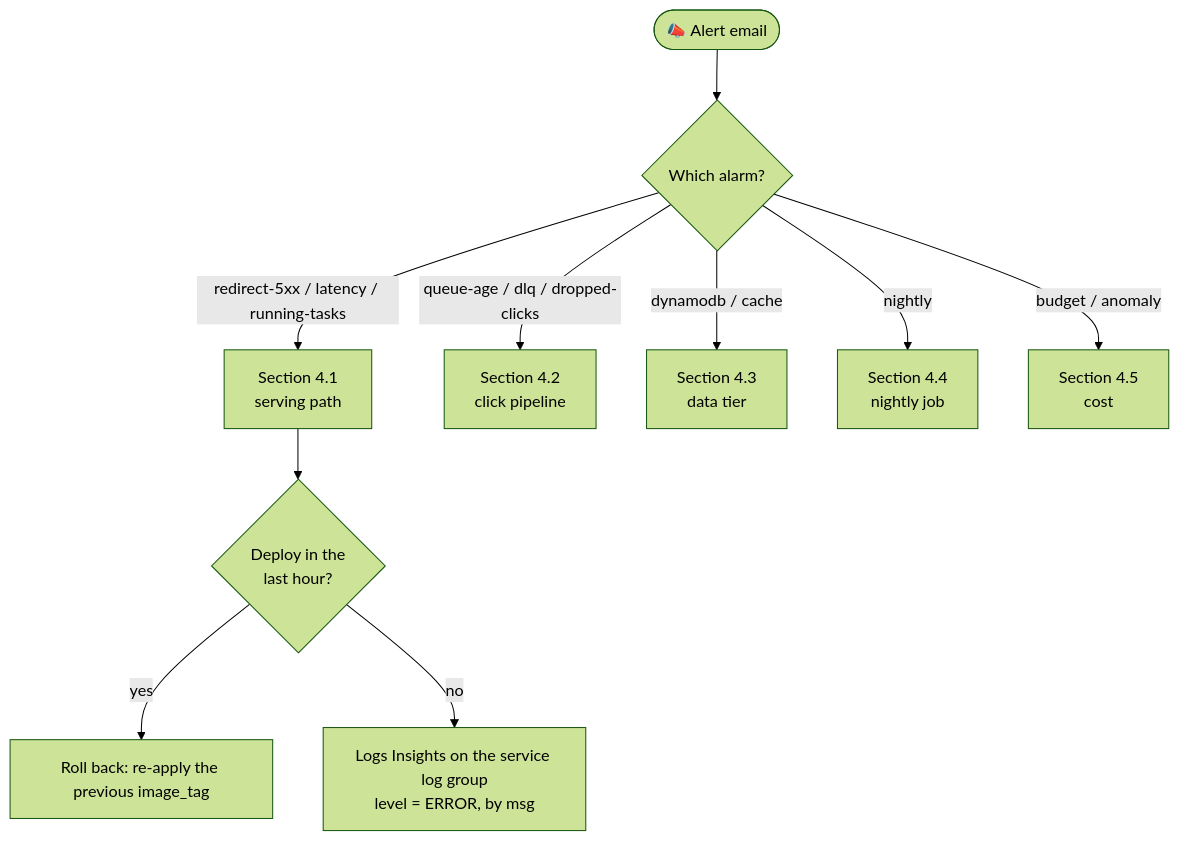
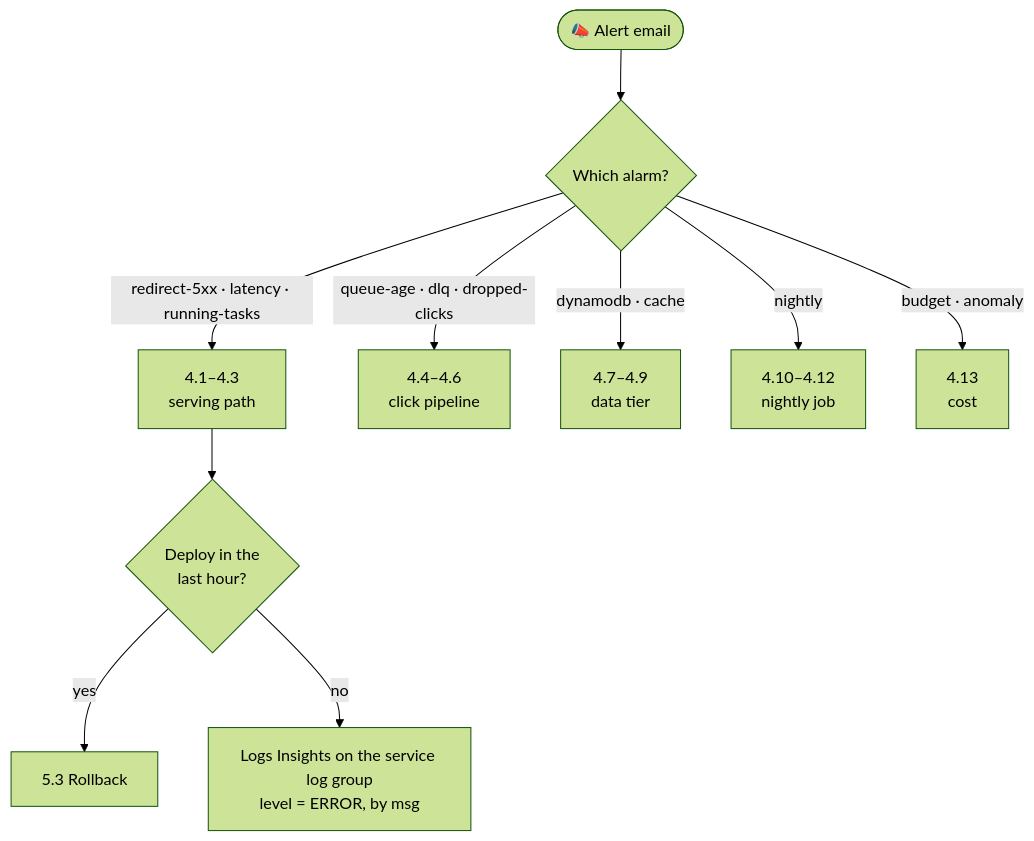
Before and after one commit to perspectivism/url-shortener-ecs-fargate: the first of 15 diagrams in docs/runbook.md, drawn with Mermaid (forest theme). The commit also changed other lines of this file and 12 other files, not shown here.

````diff
--- a/docs/runbook.md
+++ b/docs/runbook.md
@@ -30,12 +32,12 @@
 ```mermaid
 flowchart TD
     alert(["📣 Alert email"]) --> which{"Which alarm?"}
-    which -->|"redirect-5xx / latency / running-tasks"| svc["Section 4.1<br/>serving path"]
-    which -->|"queue-age / dlq / dropped-clicks"| pipe["Section 4.2<br/>click pipeline"]
-    which -->|"dynamodb / cache"| data["Section 4.3<br/>data tier"]
-    which -->|"nightly"| night["Section 4.4<br/>nightly job"]
-    which -->|"budget / anomaly"| cost["Section 4.5<br/>cost"]
+    which -->|"redirect-5xx · latency · running-tasks"| svc["4.1–4.3<br/>serving path"]
+    which -->|"queue-age · dlq · dropped-clicks"| pipe["4.4–4.6<br/>click pipeline"]
+    which -->|"dynamodb · cache"| data["4.7–4.9<br/>data tier"]
+    which -->|"nightly"| night["4.10–4.12<br/>nightly job"]
+    which -->|"budget · anomaly"| cost["4.13<br/>cost"]
     svc --> recent{"Deploy in the<br/>last hour?"}
-    recent -->|yes| rollback["Roll back: re-apply the previous image_tag"]
+    recent -->|yes| rollback["5.3 Rollback"]
     recent -->|no| logs["Logs Insights on the service log group<br/>level = ERROR, by msg"]
 ```
````
